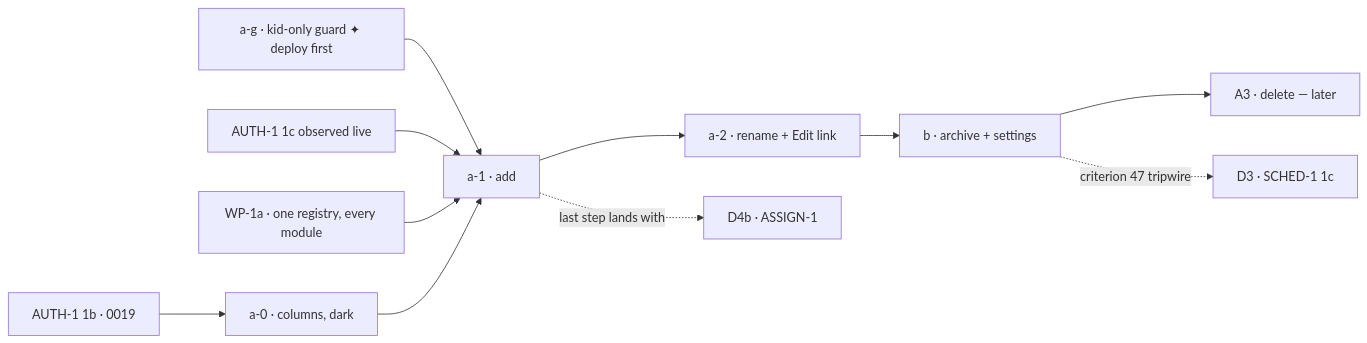
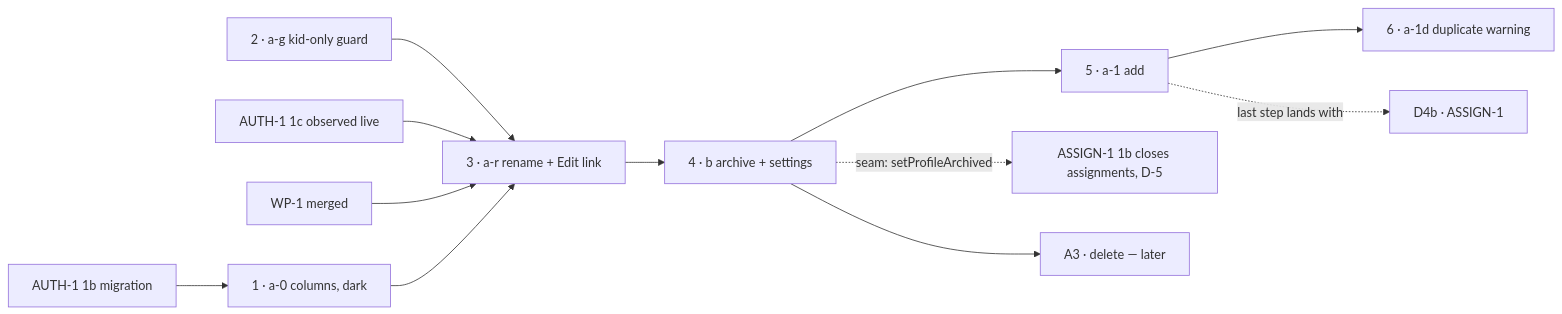
Before and after one commit to ralamode/mat-plan: the first of 2 diagrams in docs/plans/prof-1-athletes.md, drawn with Mermaid. The commit also changed other lines of this file and 10 other files, not shown here.

````diff
--- a/docs/plans/prof-1-athletes.md
+++ b/docs/plans/prof-1-athletes.md
@@ -95,13 +113,14 @@
 ```mermaid
 flowchart LR
-  A1b[AUTH-1 1b · 0019] --> P0[a-0 · columns, dark]
-  G[a-g · kid-only guard ✦ deploy first] --> P1
-  AU[AUTH-1 1c observed live] --> P1[a-1 · add]
-  W[WP-1a · one registry, every module] --> P1
-  P0 --> P1
-  P1 --> P2[a-2 · rename + Edit link]
-  P2 --> PB[b · archive + settings]
+  A1b[AUTH-1 1b migration] --> P0[1 · a-0 columns, dark]
+  G[2 · a-g kid-only guard] --> PR
+  AU[AUTH-1 1c observed live] --> PR[3 · a-r rename + Edit link]
+  W[WP-1 merged] --> PR
+  P0 --> PR
+  PR --> PB[4 · b archive + settings]
+  PB --> P1[5 · a-1 add]
+  P1 --> PD[6 · a-1d duplicate warning]
+  PB -. seam: setProfileArchived .-> AS[ASSIGN-1 1b closes assignments, D-5]
+  P1 -. last step lands with .-> D4b[D4b · ASSIGN-1]
   PB --> A3[A3 · delete — later]
-  PB -. criterion 47 tripwire .-> D3[D3 · SCHED-1 1c]
-  P1 -. last step lands with .-> D4b[D4b · ASSIGN-1]
 ```
````
